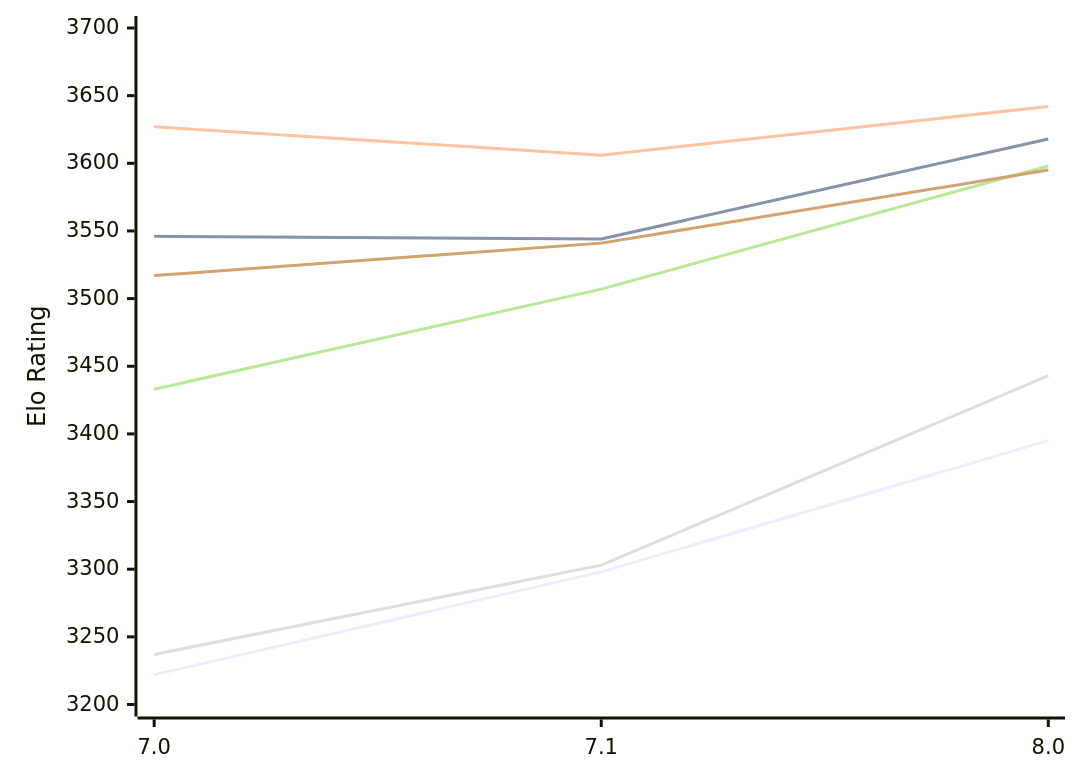
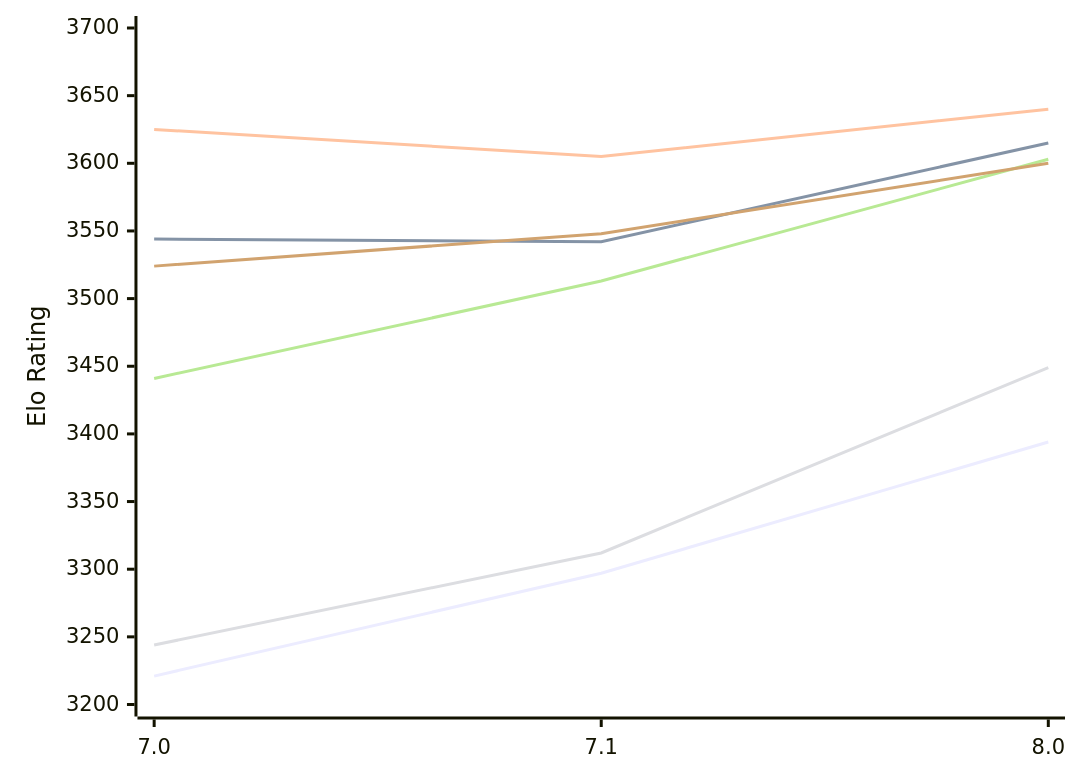
The first of 2 diagrams in engines/PZChessBot.md (computer-chess-index/cci), drawn with Mermaid before and after one commit. The commit also changed other lines of this file, not shown here.

Commit message:
Update CCI Ratings (ELO VLTC) - 2026-11-23

````diff
--- a/engines/PZChessBot.md
+++ b/engines/PZChessBot.md
@@ -55,12 +55,12 @@
 ```mermaid
 %%{init: {"theme":"base","themeVariables":{"seriesColors:['#a3a3a3','#222221','#faa371']}}}%%
 xychart-beta
   x-axis ["7.0", "7.1", "8.0"]
   y-axis "Elo Rating" 3200 --> 3700
-  line "E1: STC (8.0+0.08s)" [3222, 3298, 3395]
-  line "E1: LTC (60.0+0.60s)" [3546, 3544, 3618]
-  line "E1: VLTC (2m24s+1.12s)" [3627, 3606, 3642]
-  line "P1: STC (8.0+0.08s)" [3237, 3303, 3443]
-  line "P1: LTC (60.0+0.60s)" [3433, 3507, 3598]
-  line "P1: VLTC (2m24s+1.12s)" [3517, 3541, 3595]
+  line "E1: STC (8.0+0.08s)" [3221, 3297, 3394]
+  line "E1: LTC (60.0+0.60s)" [3544, 3542, 3615]
+  line "E1: VLTC (2m24s+1.12s)" [3625, 3605, 3640]
+  line "P1: STC (8.0+0.08s)" [3244, 3312, 3449]
+  line "P1: LTC (60.0+0.60s)" [3441, 3513, 3603]
+  line "P1: VLTC (2m24s+1.12s)" [3524, 3548, 3600]
 ```
````
